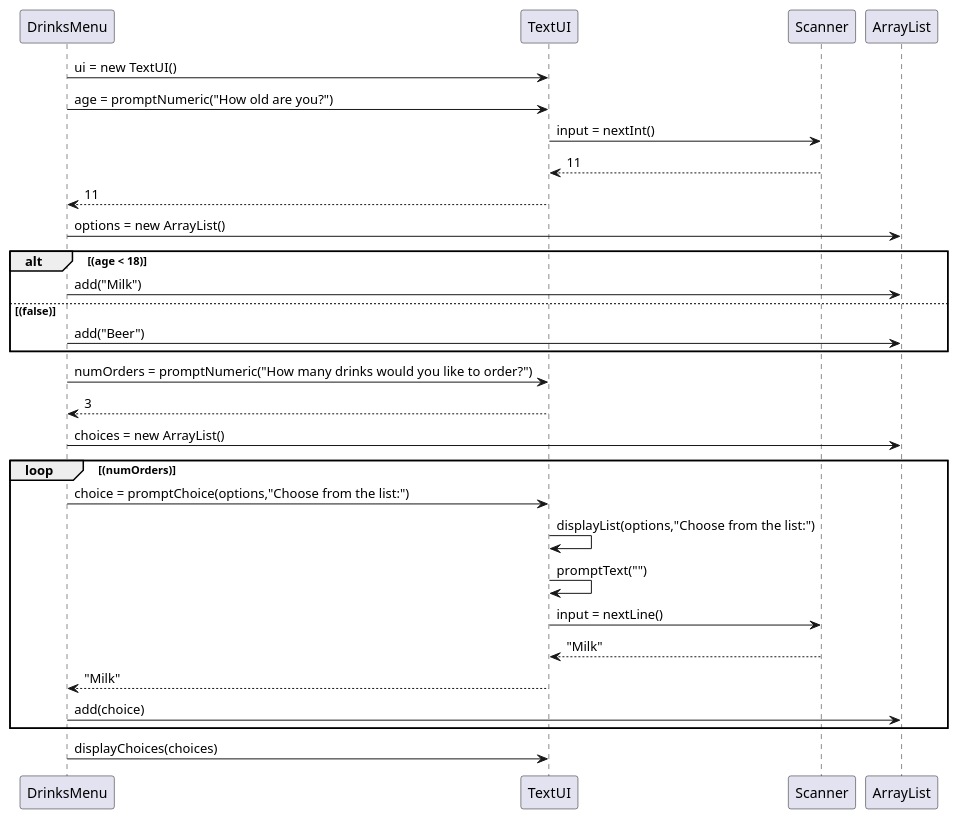
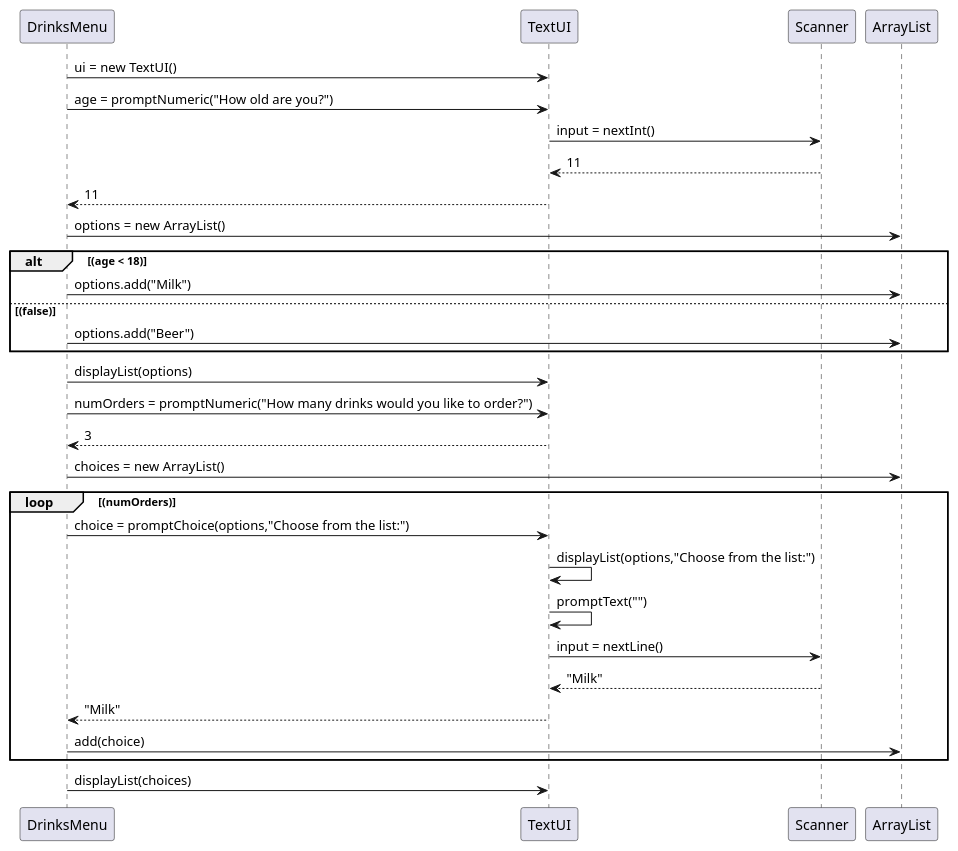
The diagram in doc/TextUIsequencediagram.puml (Eligoon/DrinksMenu), drawn with PlantUML before and after one commit. The commit also changed 1 other file, not shown here.

Commit message:
renaming, full sequence

```diff
--- a/doc/TextUIsequencediagram.puml
+++ b/doc/TextUIsequencediagram.puml
@@ -1,41 +1,40 @@
 @startuml
 'https://plantuml.com/sequence-diagram
-
-
 
 DrinksMenu -> TextUI: ui = new TextUI()
 DrinksMenu -> TextUI: age = promptNumeric("How old are you?")
 TextUI -> Scanner: input = nextInt()
 Scanner --> TextUI: 11
 TextUI --> DrinksMenu: 11
 
 'Create a list for composing an age appropriate menu
 DrinksMenu -> ArrayList:options = new ArrayList()
 
 alt (age < 18)
 'DrinksMenu giver options til ArrayList som skriver "Milk" på plads 0
-DrinksMenu -> ArrayList:add("Milk")
+DrinksMenu -> ArrayList:options.add("Milk")
 else (false)
-DrinksMenu -> ArrayList:add("Beer")
+DrinksMenu -> ArrayList:options.add("Beer")
 end
+DrinksMenu -> TextUI: displayList(options)
 
 DrinksMenu -> TextUI: numOrders = promptNumeric("How many drinks would you like to order?")
 TextUI --> DrinksMenu: 3
 
 'Create a list for the user's choices (could have been a String array with 3 indexes)
 DrinksMenu -> ArrayList:choices = new ArrayList()
 
 loop (numOrders)
 DrinksMenu -> TextUI: choice = promptChoice(options,"Choose from the list:")
 TextUI -> TextUI: displayList(options,"Choose from the list:")
 TextUI -> TextUI: promptText("")
 TextUI -> Scanner: input = nextLine()
 Scanner --> TextUI: "Milk"
 TextUI --> DrinksMenu: "Milk"
 'DrinksMenu giver choices til ArrayList som skriver "Milk" på plads 0
 DrinksMenu -> ArrayList: add(choice)
 end
 
-DrinksMenu -> TextUI: displayChoices(choices)
+DrinksMenu -> TextUI: displayList(choices)
 
 @enduml
```
